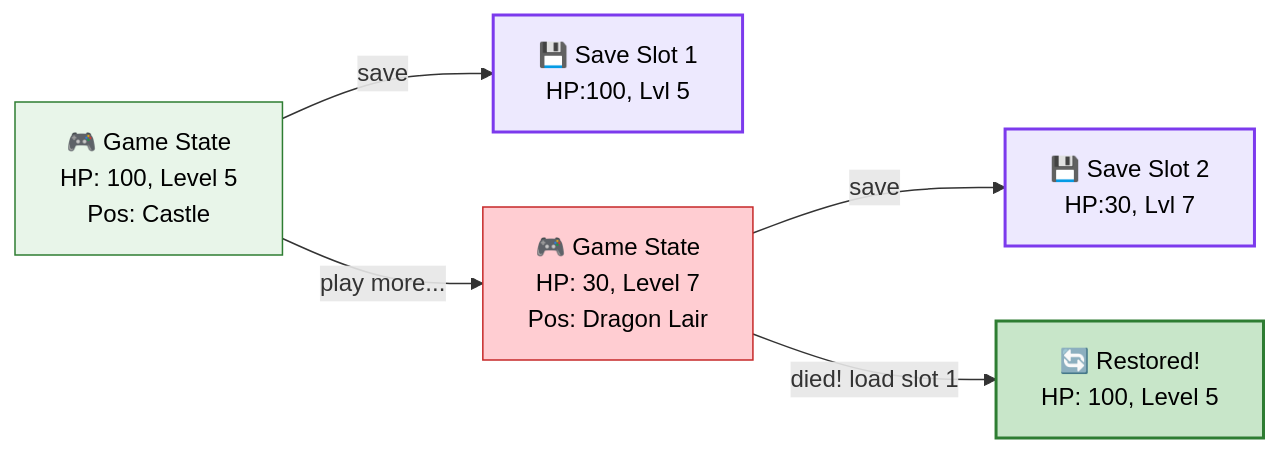
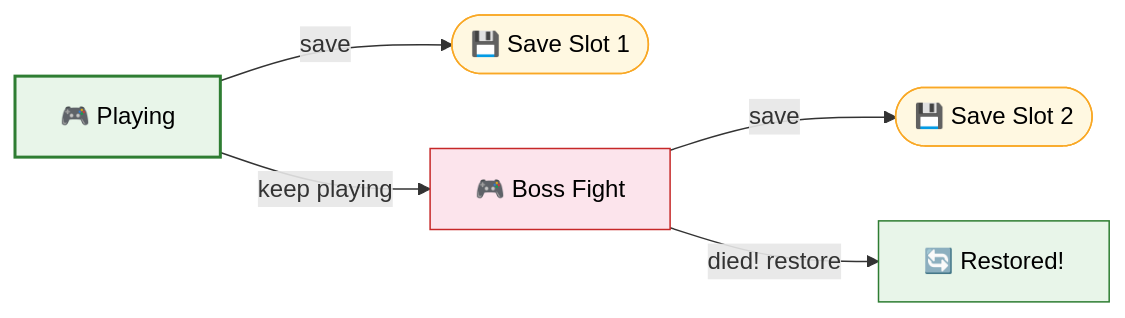
One commit to saivamsikaruturi/vamsilabs-dev-notes-main changed the first of 3 diagrams in docs/designpatterns/behaviouralDesignPatterns/MementoDp.md. Above: the diagram before and after it, drawn with Mermaid. The commit also changed other lines of this file and 42 other files, not shown here.

````diff
--- a/docs/designpatterns/behaviouralDesignPatterns/MementoDp.md
+++ b/docs/designpatterns/behaviouralDesignPatterns/MementoDp.md
@@ -12,14 +12,13 @@
 ```mermaid
 flowchart LR
-    G["🎮 Game State<br/>HP: 100, Level 5<br/>Pos: Castle"]
-    G -->|save| S1["💾 Save Slot 1<br/>HP:100, Lvl 5"]
-    G -->|play more...| G2["🎮 Game State<br/>HP: 30, Level 7<br/>Pos: Dragon Lair"]
-    G2 -->|save| S2["💾 Save Slot 2<br/>HP:30, Lvl 7"]
-    G2 -->|died! load slot 1| R["🔄 Restored!<br/>HP: 100, Level 5"]
-    
-    style G fill:#E8F5E9,stroke:#2E7D32,color:#000
-    style G2 fill:#FFCDD2,stroke:#C62828,color:#000
-    style S1 fill:#EDE9FE,stroke:#7C3AED,stroke-width:2px,color:#000
-    style S2 fill:#EDE9FE,stroke:#7C3AED,stroke-width:2px,color:#000
-    style R fill:#C8E6C9,stroke:#2E7D32,stroke-width:2px,color:#000
+    G["🎮 Playing"] -->|"save"| S1(["💾 Save Slot 1"])
+    G -->|"keep playing"| G2["🎮 Boss Fight"]
+    G2 -->|"save"| S2(["💾 Save Slot 2"])
+    G2 -->|"died! restore"| R["🔄 Restored!"]
+
+    style G fill:#E8F5E9,stroke:#2E7D32,stroke-width:2px,color:#000
+    style G2 fill:#FCE4EC,stroke:#C62828,color:#000
+    style S1 fill:#FFF8E1,stroke:#F9A825,color:#000
+    style S2 fill:#FFF8E1,stroke:#F9A825,color:#000
+    style R fill:#E8F5E9,stroke:#2E7D32,color:#000
 ```
````
